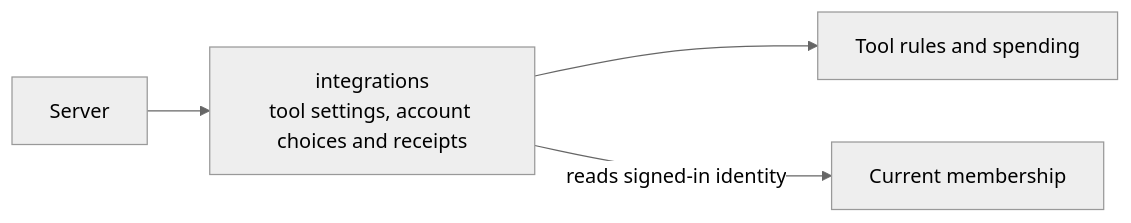
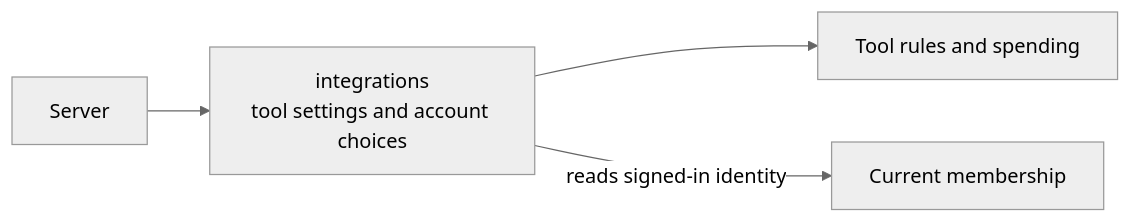
The diagram in apps/server/src/integrations/README.md (elewa-git/opencrane-new), drawn with Mermaid (neutral theme) before and after one commit. The commit also changed other lines of this file and 7 other files, not shown here.

````diff
--- a/apps/server/src/integrations/README.md
+++ b/apps/server/src/integrations/README.md
@@ -72,6 +73,6 @@
 ```mermaid
 flowchart LR
-  server[Server] --> integrations["integrations<br/>tool settings, account choices and receipts"]
+  server[Server] --> integrations["integrations<br/>tool settings and account choices"]
   integrations --> models[Tool rules and spending]
   integrations -->|reads signed-in identity| members[Current membership]
 ```
````
